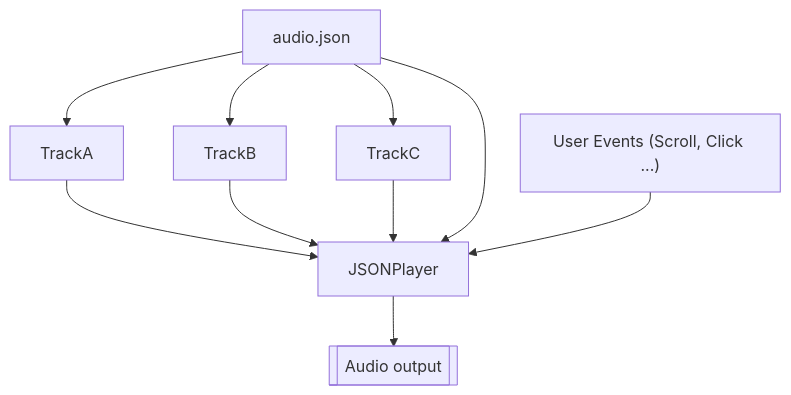
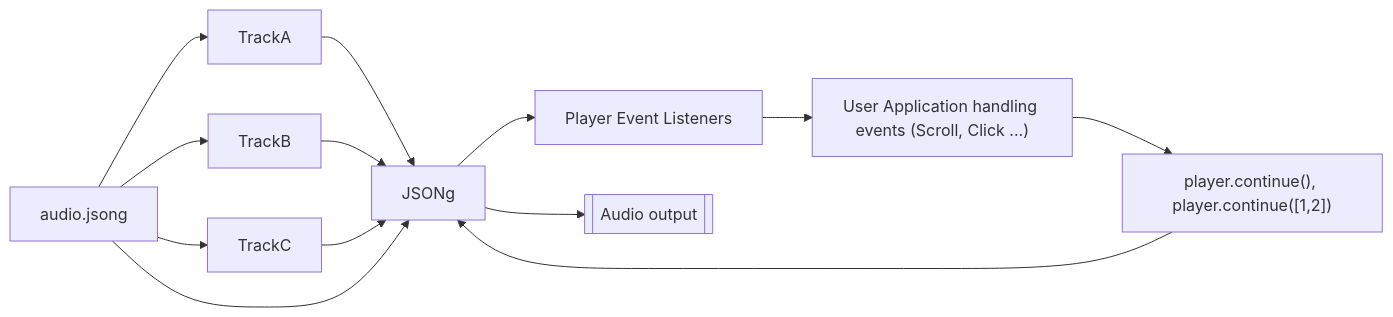
Before and after one commit to purewack/jsong-audio: the diagram in README.md, drawn with Mermaid. The commit also changed other lines of this file and 52 other files, not shown here.

````diff
--- a/README.md
+++ b/README.md
@@ -8,19 +16,23 @@
 ```mermaid
-graph TD
+graph LR
   a[TrackA];
   b[TrackB];
   c[TrackC];
-  ev["User Events (Scroll, Click ...)"]
-  player[JSONPlayer]
-  m[audio.json]
+  ev["User Application handling events (Scroll, Click ...)"]
+  calls["player.continue(), player.continue([1,2])"];
+  player[JSONg]
+  callbacks[Player Event Listeners]
+  m[audio.jsong]
 
   a --> player
   b --> player
   c --> player
   m --> player
   m --> a
   m --> b
   m --> c
-  ev --> player
+  player --> callbacks
+  callbacks --> ev
+  ev --> calls --> player
   player --> o[[Audio output]]
 ```
````
